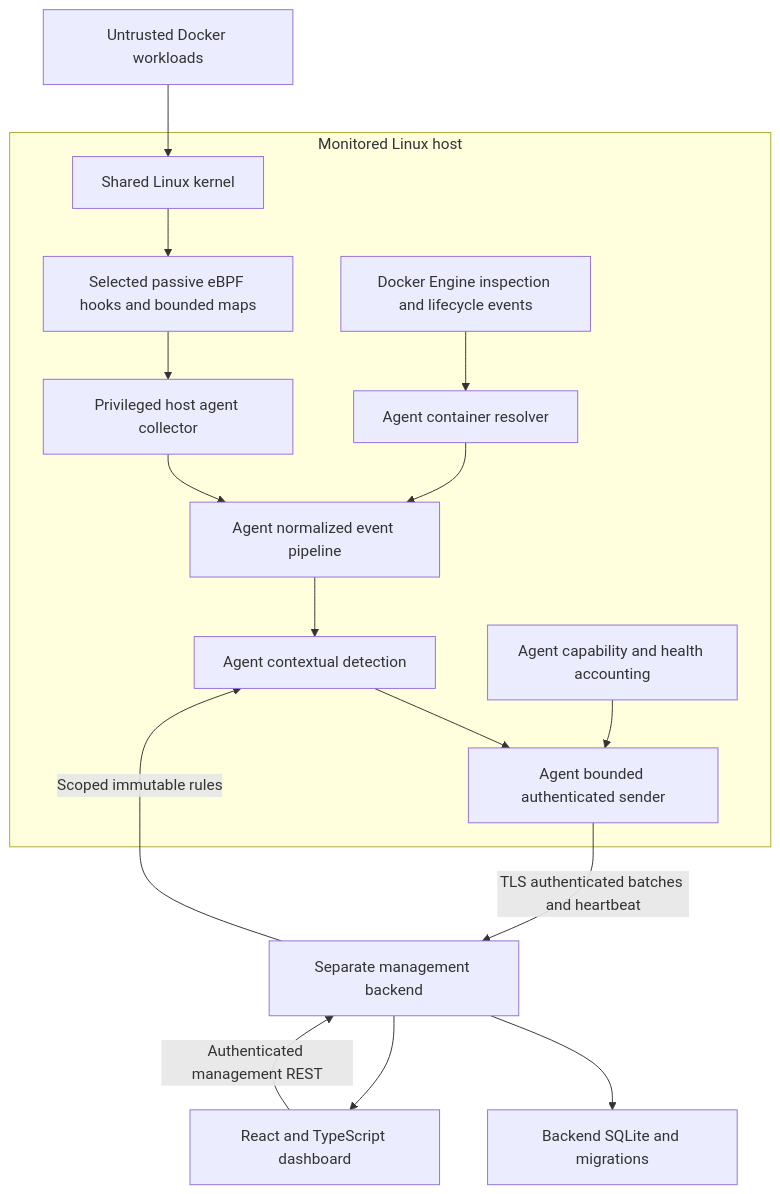
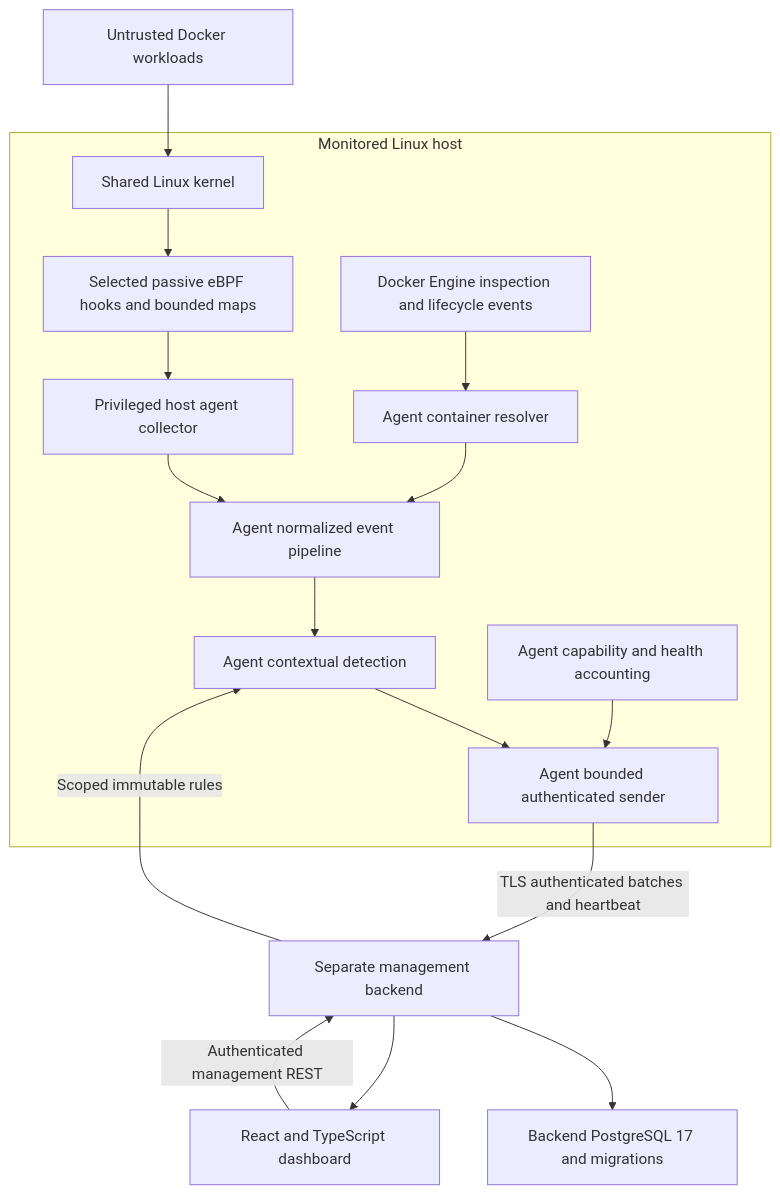
The diagram in docs/architecture/system-architecture.md (melanch0l/Argus), drawn with Mermaid before and after one commit. The commit also changed other lines of this file and 76 other files, not shown here.

Commit message:
feat: establish Phase 2 foundation with PostgreSQL

````diff
--- a/docs/architecture/system-architecture.md
+++ b/docs/architecture/system-architecture.md
@@ -11,19 +11,19 @@
 ```mermaid
 flowchart TD
     Workload[Untrusted Docker workloads] --> Kernel[Shared Linux kernel]
     subgraph Host[Monitored Linux host]
         Kernel --> BPF[Selected passive eBPF hooks and bounded maps]
         BPF --> Collector[Privileged host agent collector]
         Docker[Docker Engine inspection and lifecycle events] --> Resolver[Agent container resolver]
         Collector --> Pipeline[Agent normalized event pipeline]
         Resolver --> Pipeline
         Pipeline --> Detection[Agent contextual detection]
         Detection --> Sender[Agent bounded authenticated sender]
         Health[Agent capability and health accounting] --> Sender
     end
     Sender -->|TLS authenticated batches and heartbeat| API[Separate management backend]
     API -->|Scoped immutable rules| Detection
-    API --> Store[Backend SQLite and migrations]
+    API --> Store[Backend PostgreSQL 17 and migrations]
     Browser[React and TypeScript dashboard] -->|Authenticated management REST| API
     API --> Browser
 ```
````
